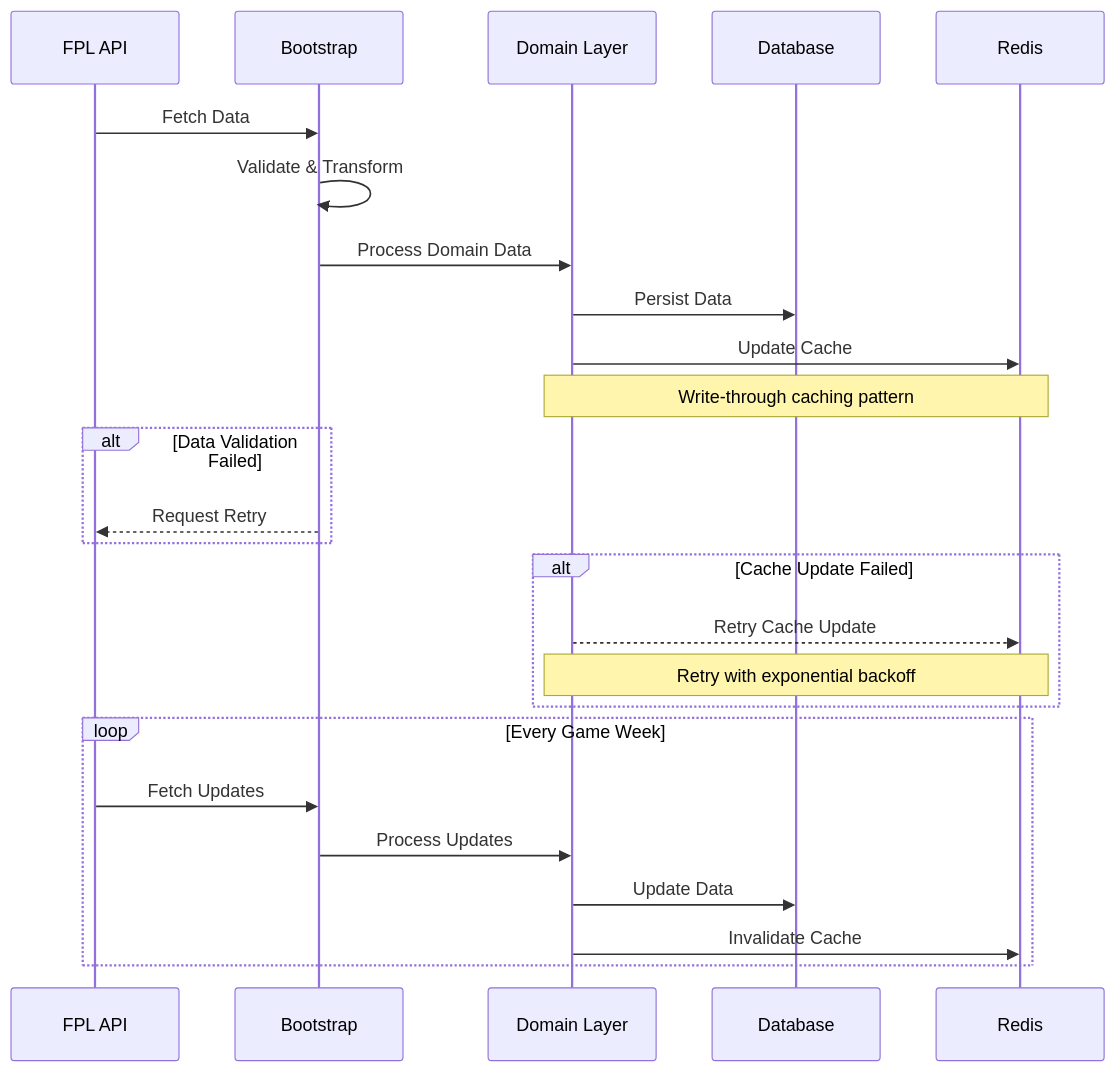
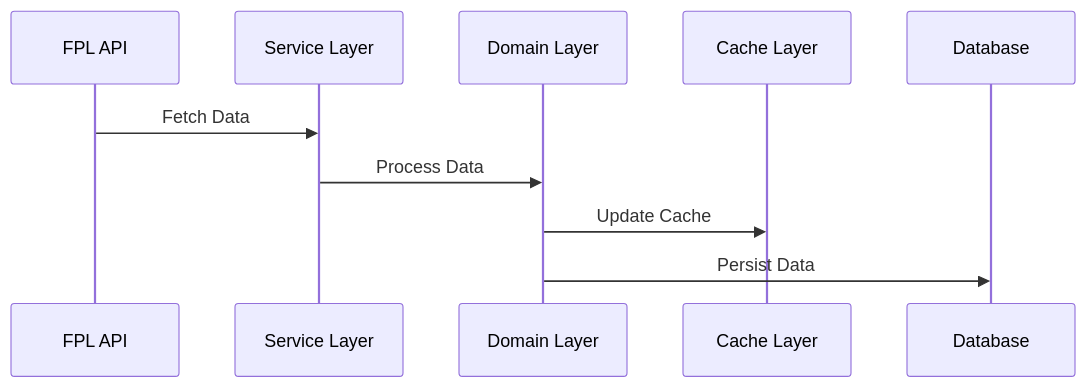
One commit to tonglam/letletme_data changed the second of 3 diagrams in documentation/design/Design_Guide.md. Above: the diagram before and after it, drawn with Mermaid. The commit also changed other lines of this file and 15 other files, not shown here.

First line of the commit message:
Refactor API and Service Layers with Enhanced Type Safety and Error Handling

````diff
--- a/documentation/design/Design_Guide.md
+++ b/documentation/design/Design_Guide.md
@@ -152,31 +224,13 @@
 ```mermaid
 sequenceDiagram
-    participant FPL as FPL API
-    participant Boot as Bootstrap
+    participant API as FPL API
+    participant Service as Service Layer
     participant Domain as Domain Layer
+    participant Cache as Cache Layer
     participant DB as Database
-    participant Cache as Redis
 
-    FPL->>Boot: Fetch Data
-    Boot->>Boot: Validate & Transform
-    Boot->>Domain: Process Domain Data
+    API->>Service: Fetch Data
+    Service->>Domain: Process Data
+    Domain->>Cache: Update Cache
     Domain->>DB: Persist Data
-    Domain->>Cache: Update Cache
-    Note over Domain,Cache: Write-through caching pattern
-
-    alt Data Validation Failed
-        Boot-->>FPL: Request Retry
-    end
-
-    alt Cache Update Failed
-        Domain-->>Cache: Retry Cache Update
-        Note over Domain,Cache: Retry with exponential backoff
-    end
-
-    loop Every Game Week
-        FPL->>Boot: Fetch Updates
-        Boot->>Domain: Process Updates
-        Domain->>DB: Update Data
-        Domain->>Cache: Invalidate Cache
-    end
 ```
````
